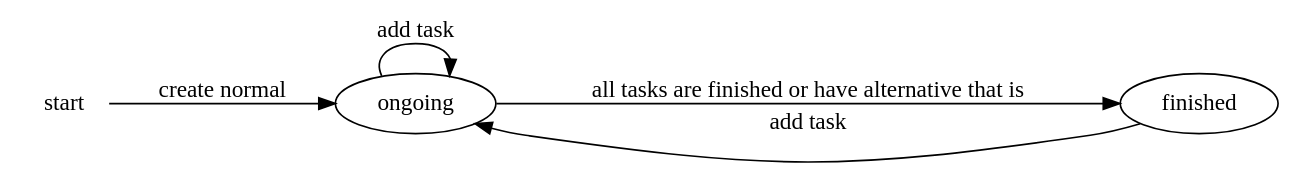
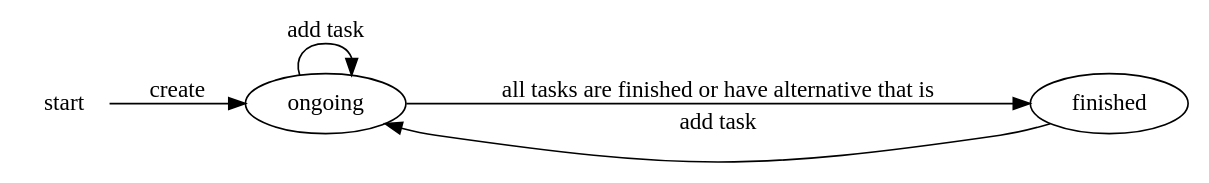
Before and after one commit to NorfairKing/swop: the diagram in diagrams/project_dfs.dot, drawn with Graphviz. The commit also changed 3 other files, not shown here.

```diff
--- a/diagrams/project_dfs.dot
+++ b/diagrams/project_dfs.dot
@@ -1,16 +1,16 @@
 digraph finite_state_machine {
     node [label=""];
 
     start           [label="start", shape=none];
     ongoing         [label="ongoing"];
     finished        [label="finished"];
 
-    start -> ongoing[label="create normal"];
+    start -> ongoing[label="create"];
 
     ongoing -> ongoing[label="add task"];
     ongoing -> finished[label="all tasks are finished or have alternative that is"];
 
     finished -> ongoing[label="add task"];
 
     rankdir=LR
 }
```
